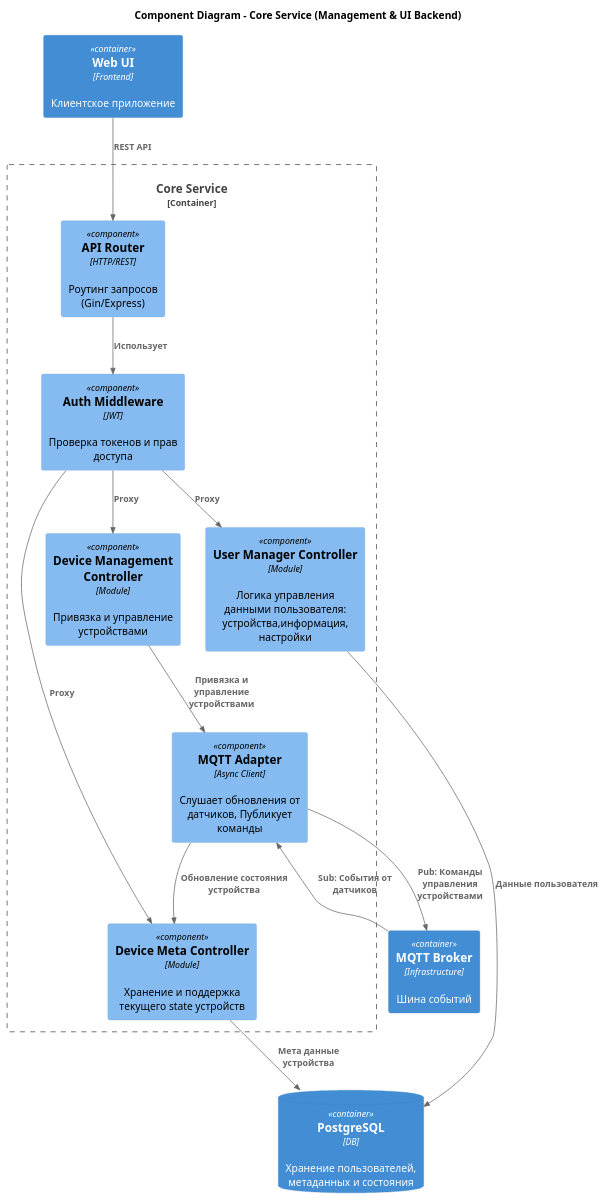
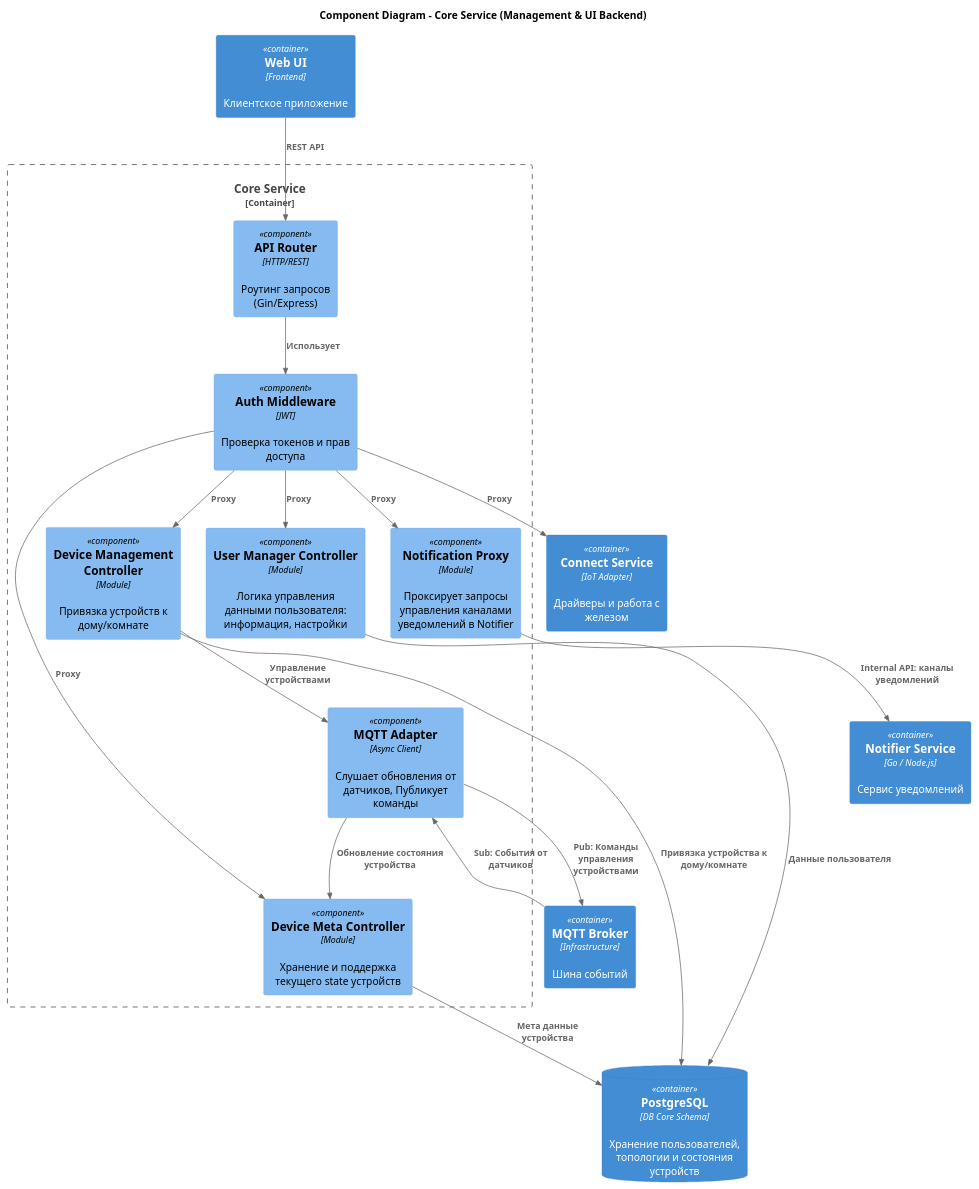
The diagram in architecture-warmhouse/apps/diagrams/CoreServiceComponent.puml (kalancha/architecture-course), drawn with PlantUML before and after one commit. The commit also changed 23 other files, not shown here.

Commit message:
Refactoring, documentation and temperature-api service

```diff
--- a/architecture-warmhouse/apps/diagrams/CoreServiceComponent.puml
+++ b/architecture-warmhouse/apps/diagrams/CoreServiceComponent.puml
@@ -1,35 +1,42 @@
 @startuml
 !include https://raw.githubusercontent.com/plantuml-stdlib/C4-PlantUML/master/C4_Component.puml
 
 title Component Diagram - Core Service (Management & UI Backend)
 
 Container(web_app, "Web UI", "Frontend", "Клиентское приложение")
 Container(broker, "MQTT Broker", "Infrastructure", "Шина событий")
-ContainerDb(db, "PostgreSQL", "DB", "Хранение пользователей, метаданных и состояния")
+Container(notification_service, "Notifier Service", "Go / Node.js", "Сервис уведомлений")
+Container(connect_service, "Connect Service", "IoT Adapter", "Драйверы и работа с железом")
+ContainerDb(db, "PostgreSQL", "DB Core Schema", "Хранение пользователей, топологии и состояния устройств")
 
 Container_Boundary(core, "Core Service") {
     Component(api_handler, "API Router", "HTTP/REST", "Роутинг запросов (Gin/Express)")
     Component(auth_middleware, "Auth Middleware", "JWT", "Проверка токенов и прав доступа")
 
-    Component(user_manager, "User Manager Controller", "Module", "Логика управления данными пользователя: устройства,информация, настройки")
+    Component(user_manager, "User Manager Controller", "Module", "Логика управления данными пользователя: информация, настройки")
     Component(device_meta, "Device Meta Controller", "Module", "Хранение и поддержка текущего state устройств")
-    Component(device_management, "Device Management Controller", "Module", "Привязка и управление устройствами")
+    Component(device_management, "Device Management Controller", "Module", "Привязка устройств к дому/комнате")
+    Component(notification_proxy, "Notification Proxy", "Module", "Проксирует запросы управления каналами уведомлений в Notifier")
 
     Component(mqtt_client, "MQTT Adapter", "Async Client", "Слушает обновления от датчиков, Публикует команды")
 
 }
 
 Rel(web_app, api_handler, "REST API")
 Rel(api_handler, auth_middleware, "Использует")
 Rel(auth_middleware, user_manager, "Proxy")
 Rel(auth_middleware, device_meta, "Proxy")
 Rel(auth_middleware, device_management, "Proxy")
-Rel(device_management, mqtt_client, "Привязка и управление устройствами")
+Rel(auth_middleware, notification_proxy, "Proxy")
+Rel(auth_middleware, connect_service, "Proxy")
+Rel(device_management, mqtt_client, "Управление устройствами")
+Rel(device_management, db, "Привязка устройства к дому/комнате")
 Rel(mqtt_client, device_meta, "Обновление состояния устройства")
 Rel(broker, mqtt_client, "Sub: События от датчиков")
 Rel(mqtt_client, broker, "Pub: Команды управления устройствами")
 
 Rel(user_manager, db, "Данные пользователя")
 Rel(device_meta, db, "Мета данные устройства")
+Rel(notification_proxy, notification_service, "Internal API: каналы уведомлений")
 
 @enduml
```
